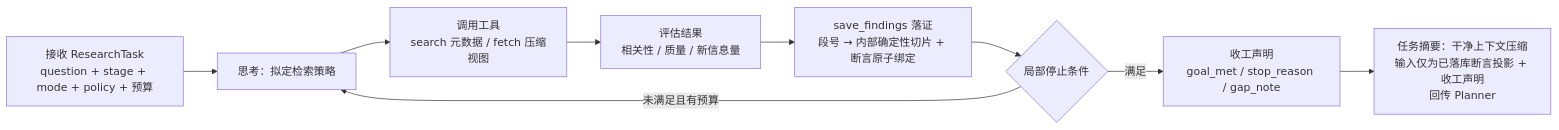
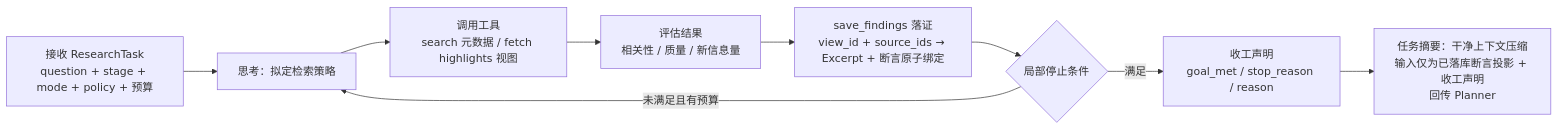
Before and after one commit to ecaps7/Prospector: the second of 6 diagrams in docs/design.md, drawn with Mermaid. The commit also changed other lines of this file and 39 other files, not shown here.

````diff
--- a/docs/design.md
+++ b/docs/design.md
@@ -142,11 +143,11 @@
 ```mermaid
 flowchart LR
     A[接收 ResearchTask<br/>question + stage + mode + policy + 预算] --> B[思考：拟定检索策略]
-    B --> C[调用工具<br/>search 元数据 / fetch 压缩视图]
+    B --> C[调用工具<br/>search 元数据 / fetch highlights 视图]
     C --> D[评估结果<br/>相关性 / 质量 / 新信息量]
-    D --> S[save_findings 落证<br/>段号 → 内部确定性切片 + 断言原子绑定]
+    D --> S[save_findings 落证<br/>view_id + source_ids → Excerpt + 断言原子绑定]
     S --> E{局部停止条件}
     E -- 未满足且有预算 --> B
-    E -- 满足 --> G[收工声明<br/>goal_met / stop_reason / gap_note]
+    E -- 满足 --> G[收工声明<br/>goal_met / stop_reason / reason]
     G --> H[任务摘要：干净上下文压缩<br/>输入仅为已落库断言投影 + 收工声明<br/>回传 Planner]
 ```
````
